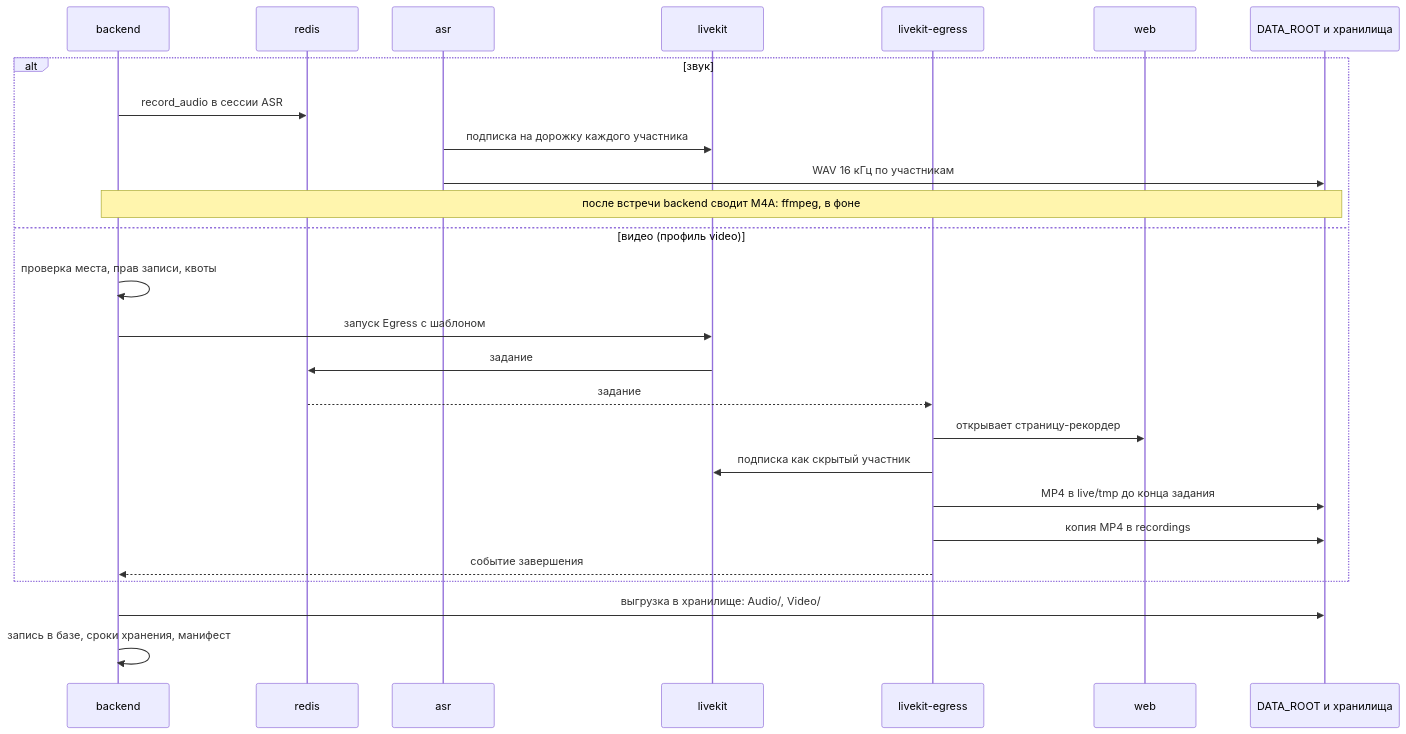
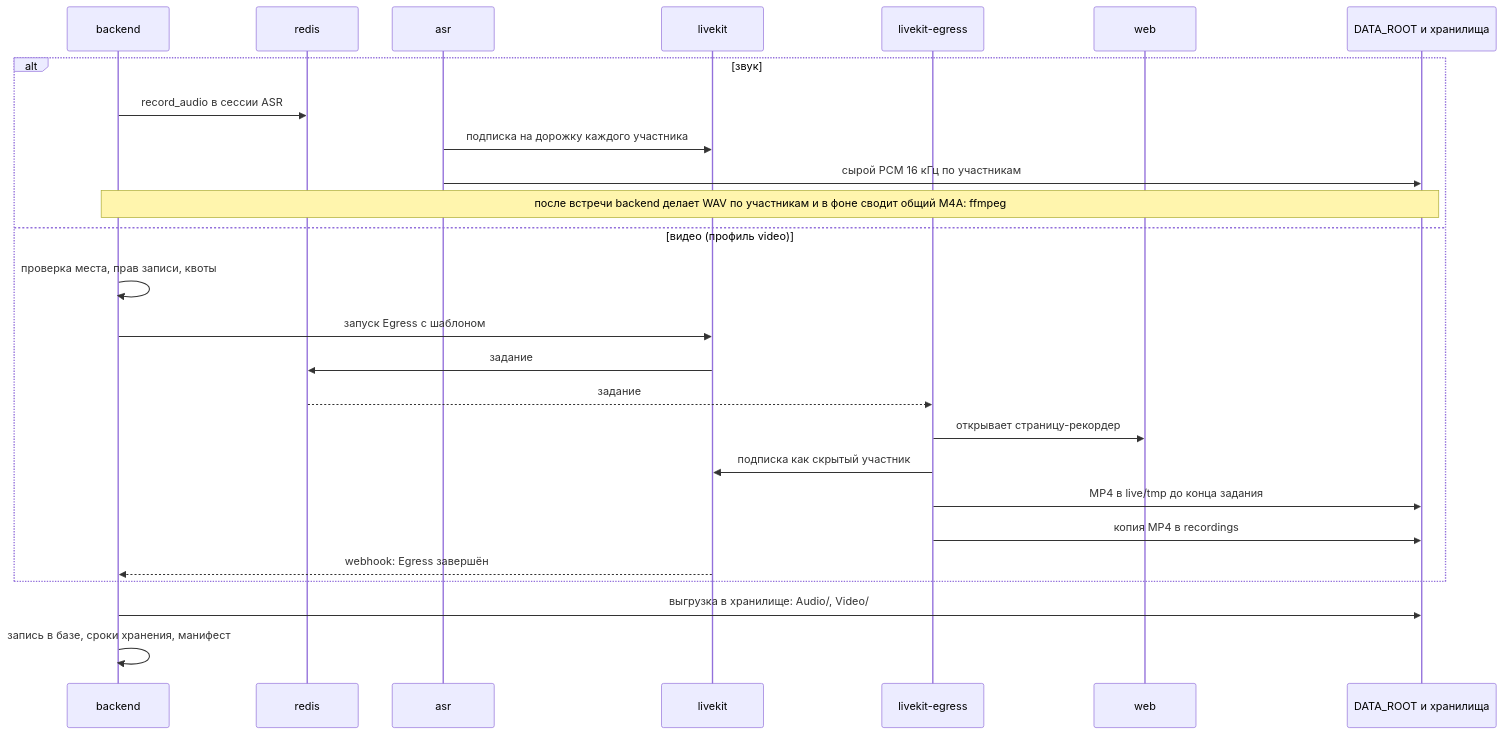
Before and after one commit to calleograph/peregovorka: the fourth of 7 diagrams in wiki/Архитектура-Последовательности-встреч.md, drawn with Mermaid. The commit also changed other lines of this file and 73 other files, not shown here.

````diff
--- a/wiki/Архитектура-Последовательности-встреч.md
+++ b/wiki/Архитектура-Последовательности-встреч.md
@@ -97,28 +103,28 @@
 ```mermaid
 sequenceDiagram
   participant B as backend
   participant R as redis
   participant A as asr
   participant LK as livekit
   participant E as livekit-egress
   participant W as web
   participant F as DATA_ROOT и хранилища
   alt звук
     B->>R: record_audio в сессии ASR
     A->>LK: подписка на дорожку каждого участника
-    A->>F: WAV 16 кГц по участникам
-    Note over B,F: после встречи backend сводит M4A: ffmpeg, в фоне
+    A->>F: сырой PCM 16 кГц по участникам
+    Note over B,F: после встречи backend делает WAV по участникам и в фоне сводит общий M4A: ffmpeg
   else видео (профиль video)
     B->>B: проверка места, прав записи, квоты
     B->>LK: запуск Egress с шаблоном
     LK->>R: задание
     R-->>E: задание
     E->>W: открывает страницу-рекордер
     E->>LK: подписка как скрытый участник
     E->>F: MP4 в live/tmp до конца задания
     E->>F: копия MP4 в recordings
-    E-->>B: событие завершения
+    LK-->>B: webhook: Egress завершён
   end
   B->>F: выгрузка в хранилище: Audio/, Video/
   B->>B: запись в базе, сроки хранения, манифест
 ```
````
